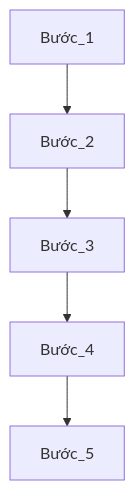
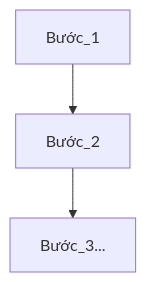
One commit to hoanglong8/FoxAI-Cong-viec-chung changed the diagram in README.md. Above: the diagram before and after it, drawn with Mermaid. The commit also changed other lines of this file, not shown here.

````diff
--- a/README.md
+++ b/README.md
@@ -21,4 +21,4 @@
 ```mermaid
 graph TB;
-    Bước_1 --> Bước_2 --> Bước_3 --> Bước_4 --> Bước_5
+    Bước_1 --> Bước_2 --> Bước_3...
 ```
````
